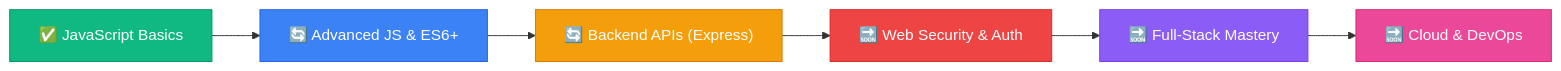
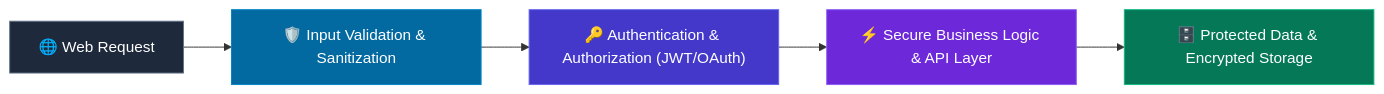
One commit to ankushkumarake1234-lang/ankushkumarake1234-lang changed the diagram in README.md. Above: the diagram before and after it, drawn with Mermaid. The commit also changed other lines of this file, not shown here.

````diff
--- a/README.md
+++ b/README.md
@@ -511,15 +336,13 @@
 ```mermaid
 graph LR
-    A["✅ JavaScript Basics"] --> B["🔄 Advanced JS & ES6+"]
-    B --> C["🔄 Backend APIs (Express)"]
-    C --> D["🔜 Web Security & Auth"]
-    D --> E["🔜 Full-Stack Mastery"]
-    E --> F["🔜 Cloud & DevOps"]
+    A["🌐 Web Request"] --> B["🛡️ Input Validation & Sanitization"]
+    B --> C["🔑 Authentication & Authorization (JWT/OAuth)"]
+    C --> D["⚡ Secure Business Logic & API Layer"]
+    D --> E["🗄️ Protected Data & Encrypted Storage"]
 
-    style A fill:#10B981,stroke:#059669,color:#fff
-    style B fill:#3B82F6,stroke:#2563EB,color:#fff
-    style C fill:#F59E0B,stroke:#D97706,color:#fff
-    style D fill:#EF4444,stroke:#DC2626,color:#fff
-    style E fill:#8B5CF6,stroke:#7C3AED,color:#fff
-    style F fill:#EC4899,stroke:#DB2777,color:#fff
+    style A fill:#1E293B,stroke:#64748B,color:#fff
+    style B fill:#0369A1,stroke:#0284C7,color:#fff
+    style C fill:#4338CA,stroke:#6366F1,color:#fff
+    style D fill:#6D28D9,stroke:#8B5CF6,color:#fff
+    style E fill:#047857,stroke:#10B981,color:#fff
 ```
````
